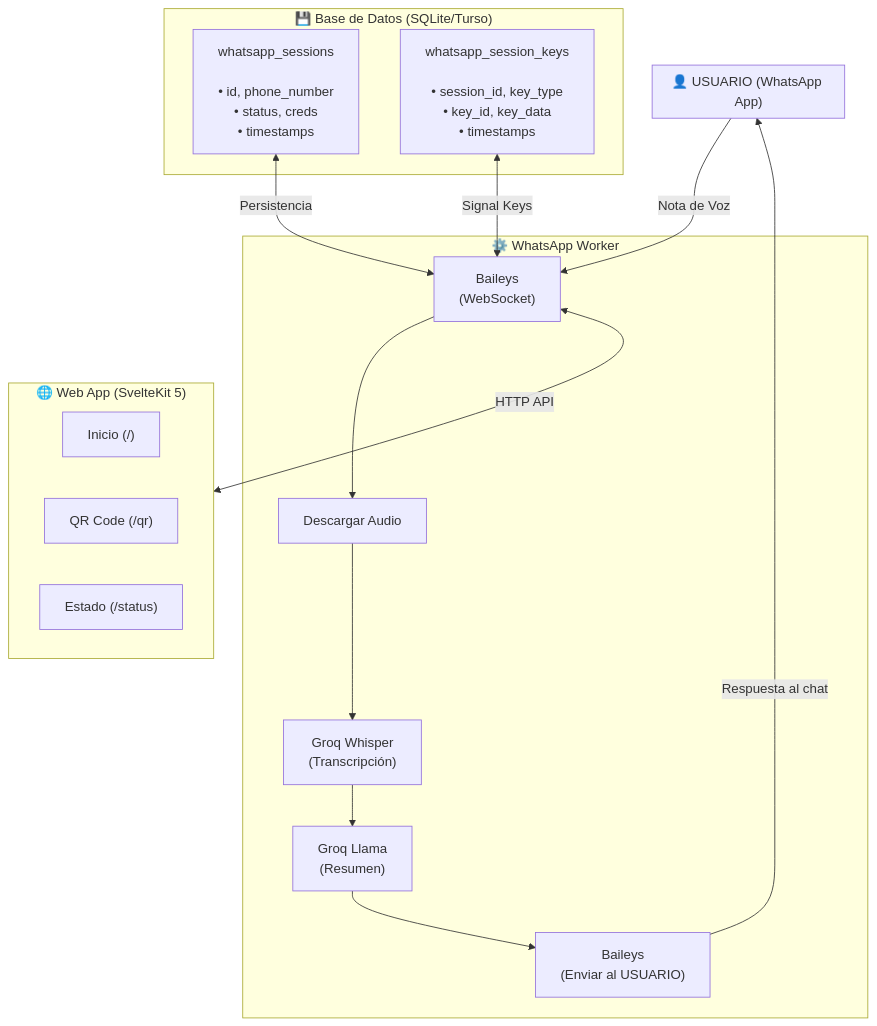
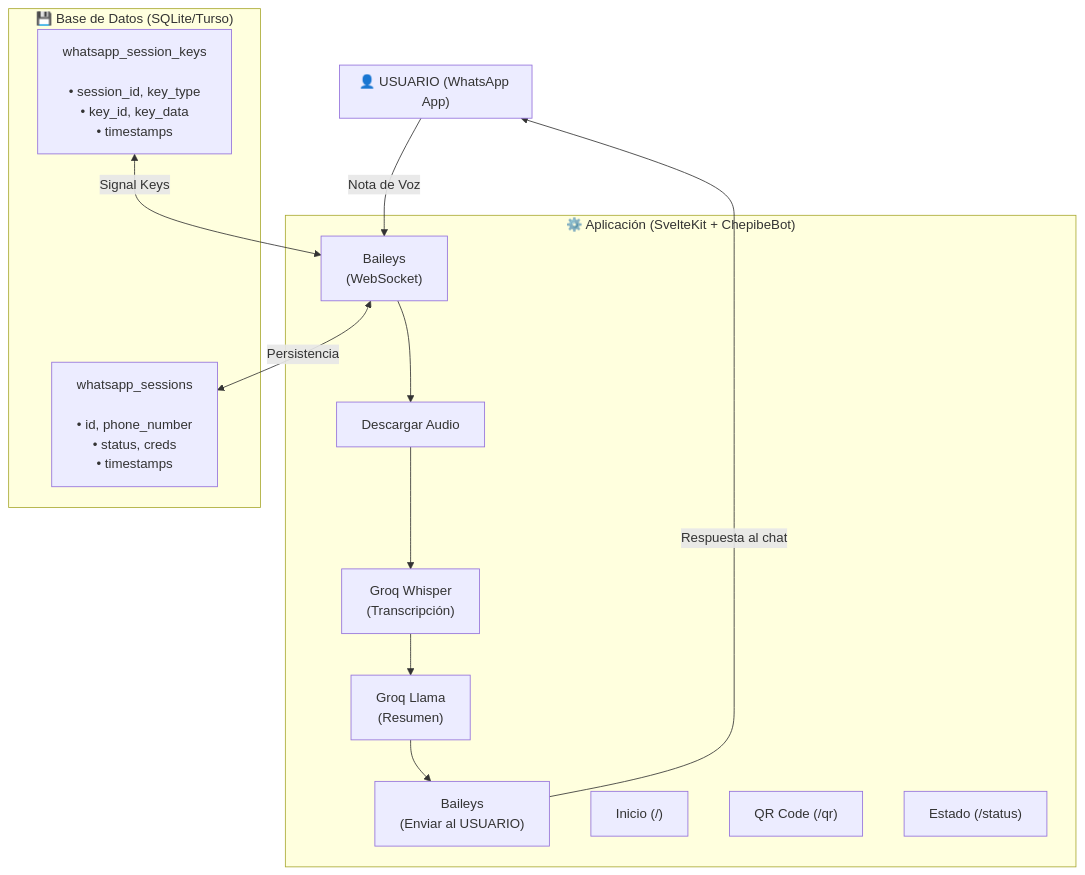
The first of 6 diagrams in docs/arquitectura.md (Fibra-Labs/chepibe-personal), drawn with Mermaid before and after one commit. The commit also changed other lines of this file and 35 other files, not shown here.

````diff
--- a/docs/arquitectura.md
+++ b/docs/arquitectura.md
@@ -5,29 +5,25 @@
 ```mermaid
 graph TB
     subgraph Usuario["👤 USUARIO (WhatsApp App)"]
     end
 
-    subgraph Worker["⚙️ WhatsApp Worker"]
+    subgraph App["⚙️ Aplicación (SvelteKit + ChepibeBot)"]
         A["Baileys<br/>(WebSocket)"] --> B["Descargar Audio"]
         B --> C["Groq Whisper<br/>(Transcripción)"]
         C --> D["Groq Llama<br/>(Resumen)"]
         D --> E["Baileys<br/>(Enviar al USUARIO)"]
-    end
-
-    subgraph Web["🌐 Web App (SvelteKit 5)"]
         F["Inicio (/)"]
         G["QR Code (/qr)"]
         H["Estado (/status)"]
     end
 
     subgraph DB["💾 Base de Datos (SQLite/Turso)"]
         I["whatsapp_sessions<br/><br/>• id, phone_number<br/>• status, creds<br/>• timestamps"]
         J["whatsapp_session_keys<br/><br/>• session_id, key_type<br/>• key_id, key_data<br/>• timestamps"]
     end
 
     Usuario -->|"Nota de Voz"| A
     E -->|"Respuesta al chat"| Usuario
-    A <-->|"HTTP API"| Web
-    I <-->|"Persistencia"| A
+    A <-->|"Persistencia"| I
     J <-->|"Signal Keys"| A
 ```
````
